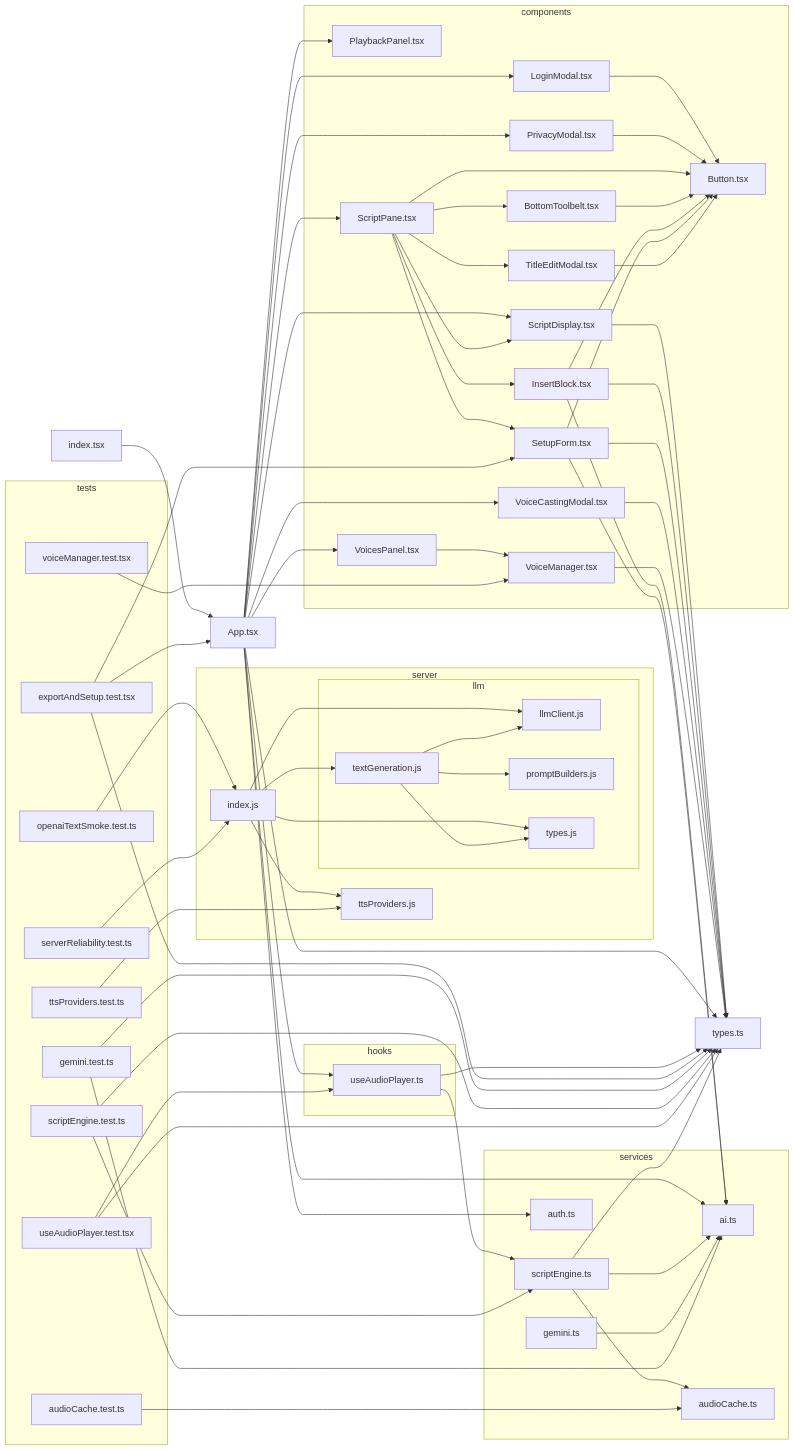
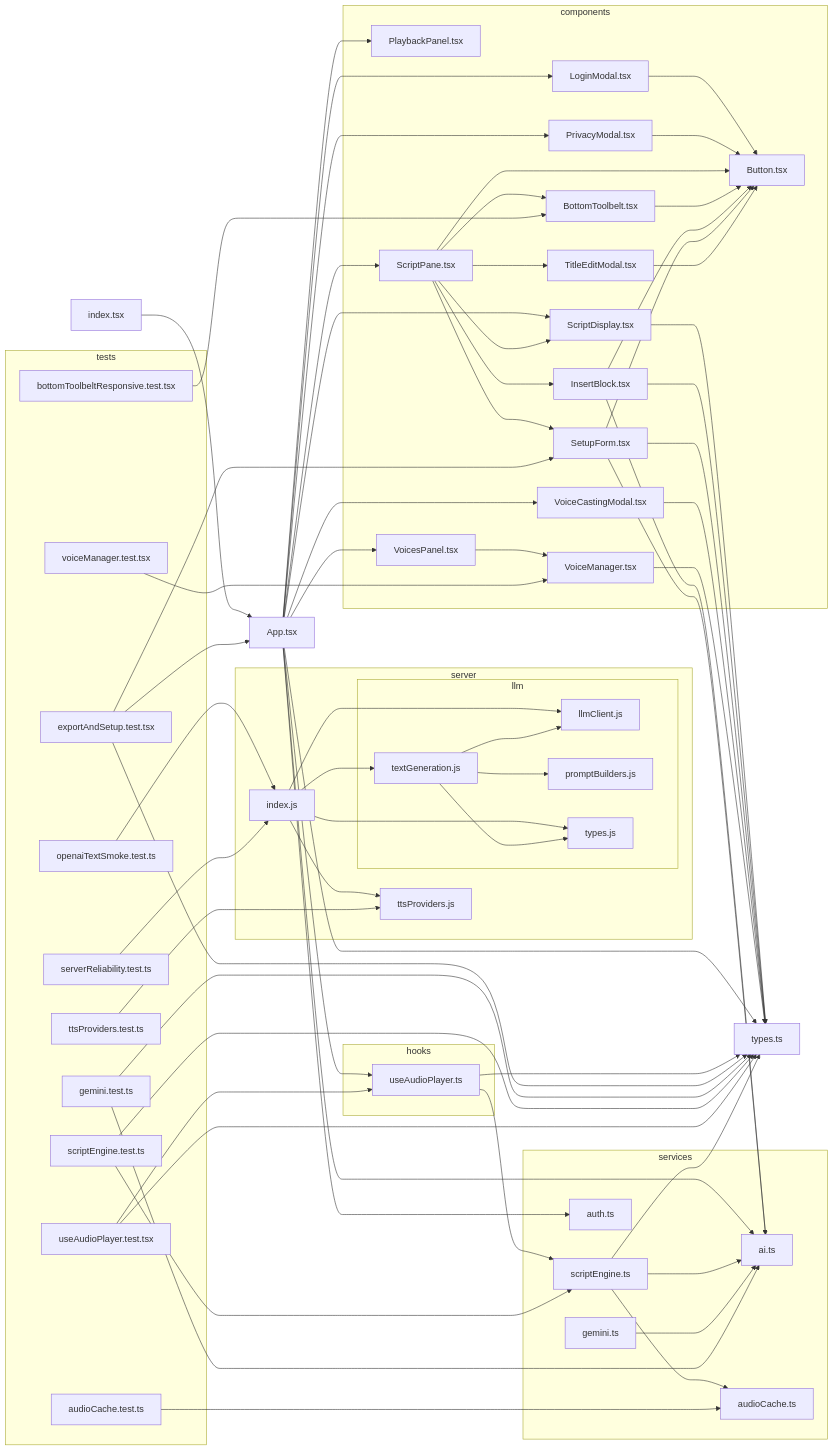
Before and after one commit to seanzmc/Script-Seance: the diagram in docs/dependency-graph.mmd, drawn with Mermaid.

Commit message:
Add new test file to dependency graph
Adds bottomToolbeltResponsive.test.tsx to the dependency graph
and re-indexes subsequent test node references to maintain
correct ordering and edge mappings.

```diff
--- a/docs/dependency-graph.mmd
+++ b/docs/dependency-graph.mmd
@@ -1,110 +1,112 @@
 flowchart LR
 
 0["App.tsx"]
 subgraph 1["components"]
 2["LoginModal.tsx"]
 3["Button.tsx"]
 4["PlaybackPanel.tsx"]
 5["PrivacyModal.tsx"]
 6["ScriptDisplay.tsx"]
 8["ScriptPane.tsx"]
 9["BottomToolbelt.tsx"]
 A["InsertBlock.tsx"]
 D["SetupForm.tsx"]
 E["TitleEditModal.tsx"]
 F["VoiceCastingModal.tsx"]
 G["VoicesPanel.tsx"]
 H["VoiceManager.tsx"]
 end
 7["types.ts"]
 subgraph B["services"]
 C["ai.ts"]
 K["scriptEngine.ts"]
 L["audioCache.ts"]
 M["auth.ts"]
 W["gemini.ts"]
 end
 subgraph I["hooks"]
 J["useAudioPlayer.ts"]
 end
 N["index.tsx"]
 subgraph O["server"]
 P["index.js"]
 subgraph Q["llm"]
 R["llmClient.js"]
 S["textGeneration.js"]
 T["promptBuilders.js"]
 U["types.js"]
 end
 V["ttsProviders.js"]
 end
 subgraph X["tests"]
 Y["audioCache.test.ts"]
-Z["exportAndSetup.test.tsx"]
-10["gemini.test.ts"]
-11["openaiTextSmoke.test.ts"]
-12["scriptEngine.test.ts"]
-13["serverReliability.test.ts"]
-14["ttsProviders.test.ts"]
-15["useAudioPlayer.test.tsx"]
-16["voiceManager.test.tsx"]
+Z["bottomToolbeltResponsive.test.tsx"]
+10["exportAndSetup.test.tsx"]
+11["gemini.test.ts"]
+12["openaiTextSmoke.test.ts"]
+13["scriptEngine.test.ts"]
+14["serverReliability.test.ts"]
+15["ttsProviders.test.ts"]
+16["useAudioPlayer.test.tsx"]
+17["voiceManager.test.tsx"]
 end
 0-->2
 0-->4
 0-->5
 0-->6
 0-->8
 0-->F
 0-->G
 0-->J
 0-->C
 0-->M
 0-->7
 2-->3
 5-->3
 6-->7
 8-->9
 8-->3
 8-->A
 8-->6
 8-->D
 8-->E
 9-->3
 A-->C
 A-->7
 A-->3
 D-->C
 D-->7
 D-->3
 E-->3
 F-->7
 G-->H
 H-->7
 J-->K
 J-->7
 K-->7
 K-->C
 K-->L
 N-->0
 P-->R
 P-->S
 P-->U
 P-->V
 S-->R
 S-->T
 S-->U
 W-->C
 Y-->L
-Z-->0
-Z-->D
-Z-->7
-10-->C
+Z-->9
+10-->0
+10-->D
 10-->7
-11-->P
-12-->K
-12-->7
-13-->P
-14-->V
-15-->J
-15-->7
-16-->H
+11-->C
+11-->7
+12-->P
+13-->K
+13-->7
+14-->P
+15-->V
+16-->J
+16-->7
+17-->H
```
